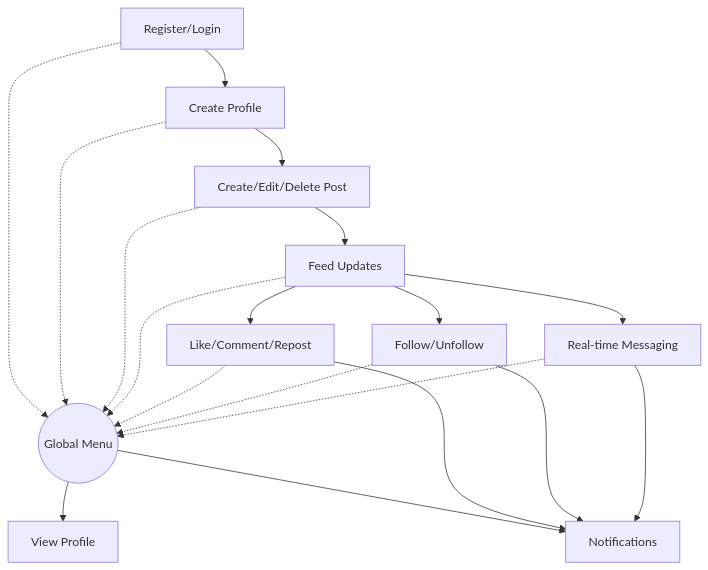
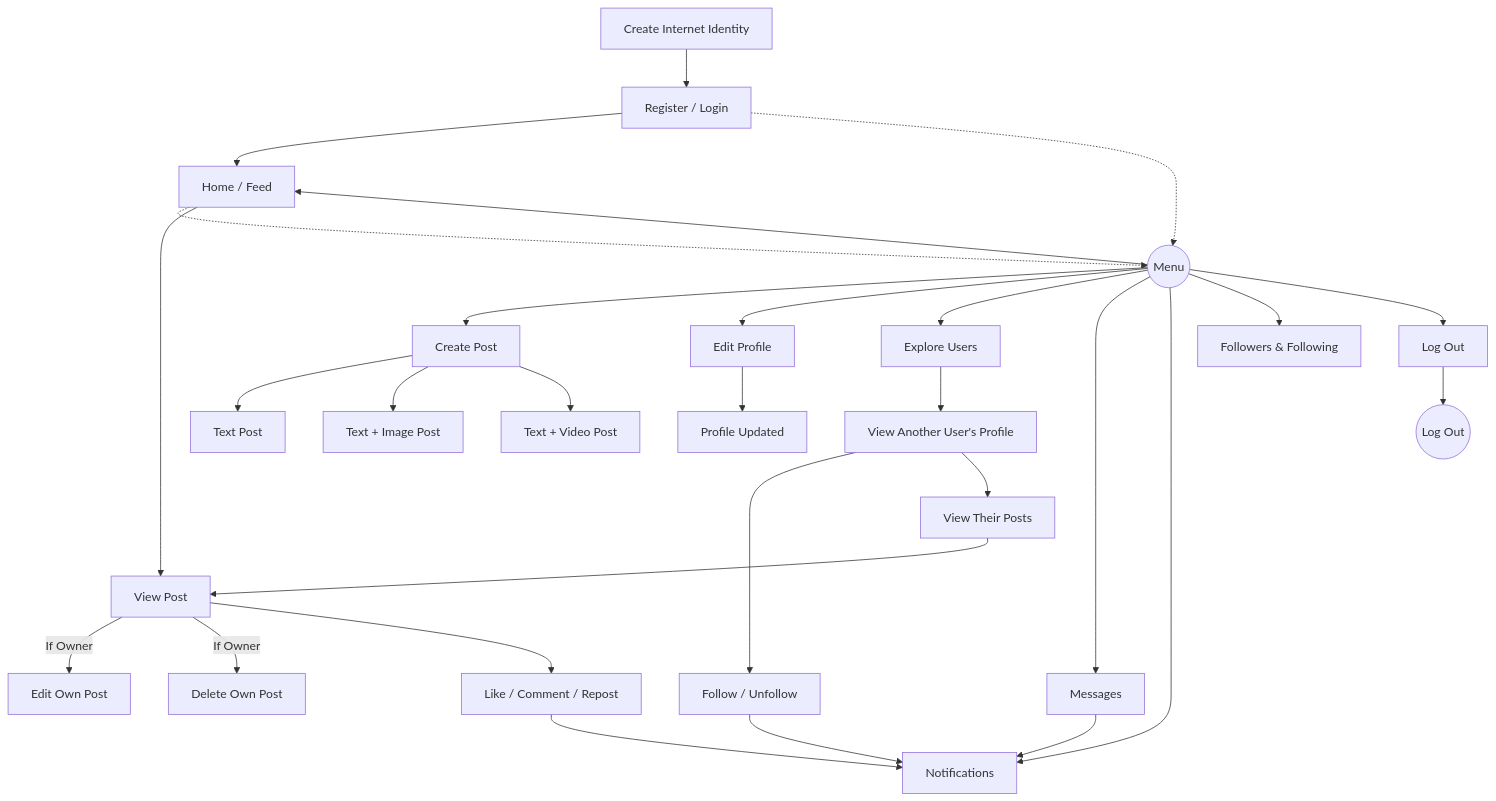
Before and after one commit to parimal-art/DeSocial: the diagram in README.md, drawn with Mermaid. The commit also changed other lines of this file, not shown here.

Commit message:
Update README.md
updated

````diff
--- a/README.md
+++ b/README.md
@@ -43,27 +66,55 @@
 ```mermaid
 flowchart TD
-    A[Register/Login] --> B[Create Profile]
-    B --> C[Create/Edit/Delete Post]
-    C --> D[Feed Updates]
-    D --> E[Like/Comment/Repost]
-    D --> F[Follow/Unfollow]
-    D --> G[Real-time Messaging]
+    %% Entry & Auth
+    I[Create Internet Identity] --> A[Register / Login]
+    A --> H[Home / Feed]
 
-    %% On-demand access from anywhere
-    M((Global Menu))
+    %% Global Menu (always accessible)
+    M((Menu))
+    H -.-> M
     A -.-> M
-    B -.-> M
-    C -.-> M
-    D -.-> M
-    E -.-> M
-    F -.-> M
-    G -.-> M
-    M --> H[View Profile]
-    M --> I[Notifications]
 
-    %% Notifications are triggered by these events
-    E --> I
-    F --> I
-    G --> I
+    %% Menu Sections
+    M --> H[Home / Feed]
+    M --> CP[Create Post]
+    M --> EP[Edit Profile]
+    M --> EX[Explore Users]
+    M --> MSG[Messages]
+    M --> NTF[Notifications]
+    M --> FF[Followers & Following]
+    M --> LO[Log Out]
+
+    %% Create Post Options
+    CP --> PT1[Text Post]
+    CP --> PT2[Text + Image Post]
+    CP --> PT3[Text + Video Post]
+
+    %% Feed → Posts
+    H --> P1[View Post]
+
+    %% User's Own Post Actions
+    P1 -->|If Owner| P2[Edit Own Post]
+    P1 -->|If Owner| P3[Delete Own Post]
+
+    %% Interactions by Any User
+    P1 --> LCR[Like / Comment / Repost]
+
+    %% Explore Users
+    EX --> OU[View Another User's Profile]
+    OU --> FF2[Follow / Unfollow]
+    OU --> OPV[View Their Posts]
+    OPV --> P1
+
+    %% Edit Profile
+    EP --> EP_DONE[Profile Updated]
+
+    %% Notifications Triggers
+    MSG --> NTF
+    LCR --> NTF
+    FF2 --> NTF
+
+    %% Session End
+    LO --> X((Log Out))
+
 
 ```
````
